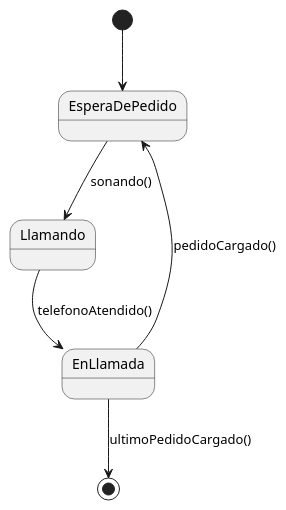
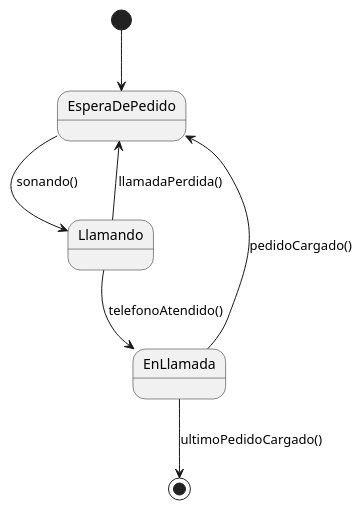
Before and after one commit to franciscolmos/PC-Ejercicios: the diagram in TP-1/UML/telefono.puml, drawn with PlantUML. The commit also changed 1 other file, not shown here.

```diff
--- a/TP-1/UML/telefono.puml
+++ b/TP-1/UML/telefono.puml
@@ -1,7 +1,8 @@
 @startuml Telefono
     [*] --> EsperaDePedido
     EsperaDePedido --> Llamando : sonando()
     Llamando --> EnLlamada: telefonoAtendido()
+    Llamando --> EsperaDePedido: llamadaPerdida()
     EnLlamada --> EsperaDePedido : pedidoCargado()
     EnLlamada --> [*] : ultimoPedidoCargado()
 @endumlx
```
